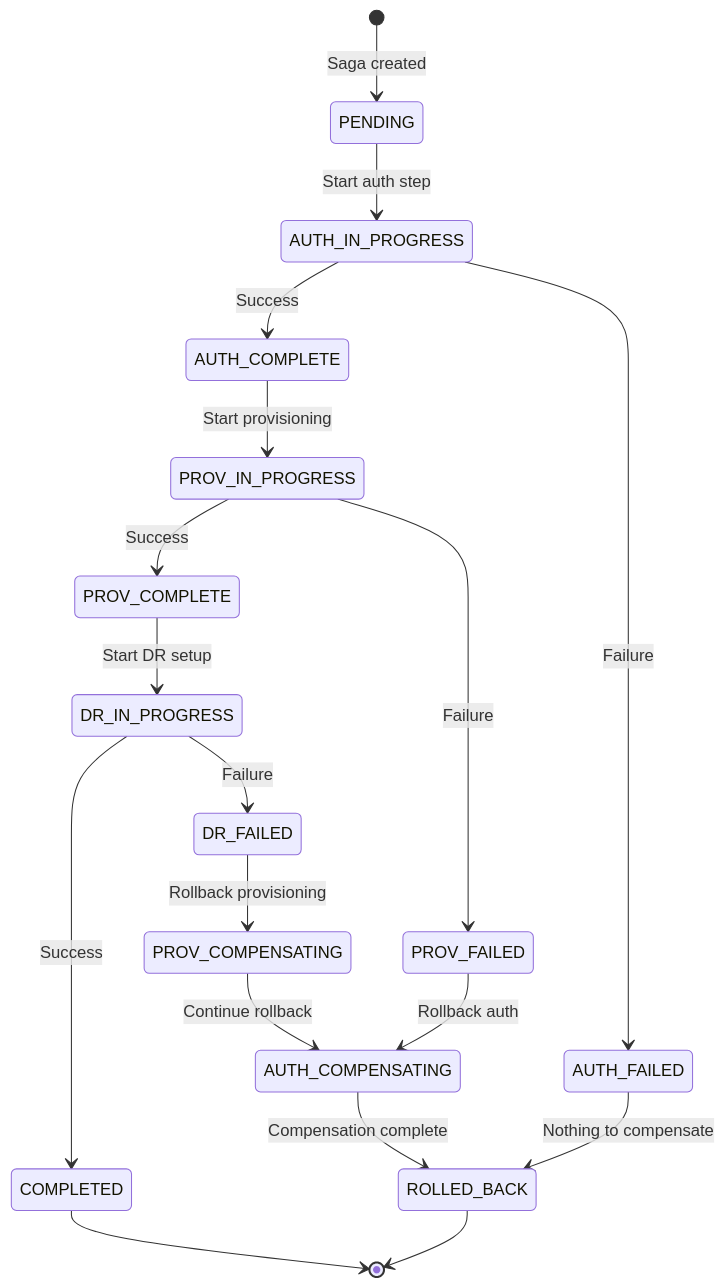
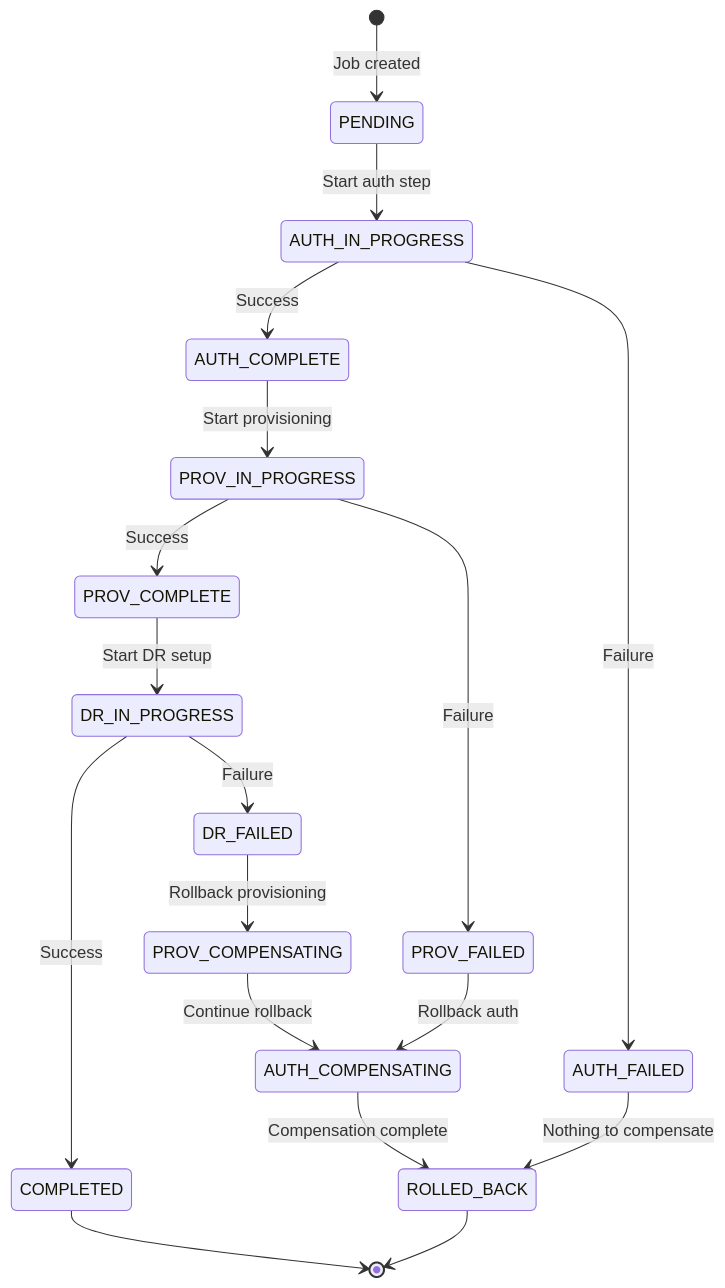
The fifth of 5 diagrams in cloud-platform/README.md (pwilliams-ck/engineering-projects), drawn with Mermaid before and after one commit. The commit also changed other lines of this file, not shown here.

````diff
--- a/cloud-platform/README.md
+++ b/cloud-platform/README.md
@@ -180,26 +180,26 @@
 ```mermaid
 stateDiagram-v2
-    [*] --> PENDING: Saga created
+    [*] --> PENDING: Job created
 
     PENDING --> AUTH_IN_PROGRESS: Start auth step
     AUTH_IN_PROGRESS --> AUTH_COMPLETE: Success
     AUTH_IN_PROGRESS --> AUTH_FAILED: Failure
 
     AUTH_COMPLETE --> PROV_IN_PROGRESS: Start provisioning
     PROV_IN_PROGRESS --> PROV_COMPLETE: Success
     PROV_IN_PROGRESS --> PROV_FAILED: Failure
 
     PROV_COMPLETE --> DR_IN_PROGRESS: Start DR setup
     DR_IN_PROGRESS --> COMPLETED: Success
     DR_IN_PROGRESS --> DR_FAILED: Failure
 
     AUTH_FAILED --> ROLLED_BACK: Nothing to compensate
     PROV_FAILED --> AUTH_COMPENSATING: Rollback auth
     DR_FAILED --> PROV_COMPENSATING: Rollback provisioning
 
     PROV_COMPENSATING --> AUTH_COMPENSATING: Continue rollback
     AUTH_COMPENSATING --> ROLLED_BACK: Compensation complete
 
     COMPLETED --> [*]
     ROLLED_BACK --> [*]
 ```
````
